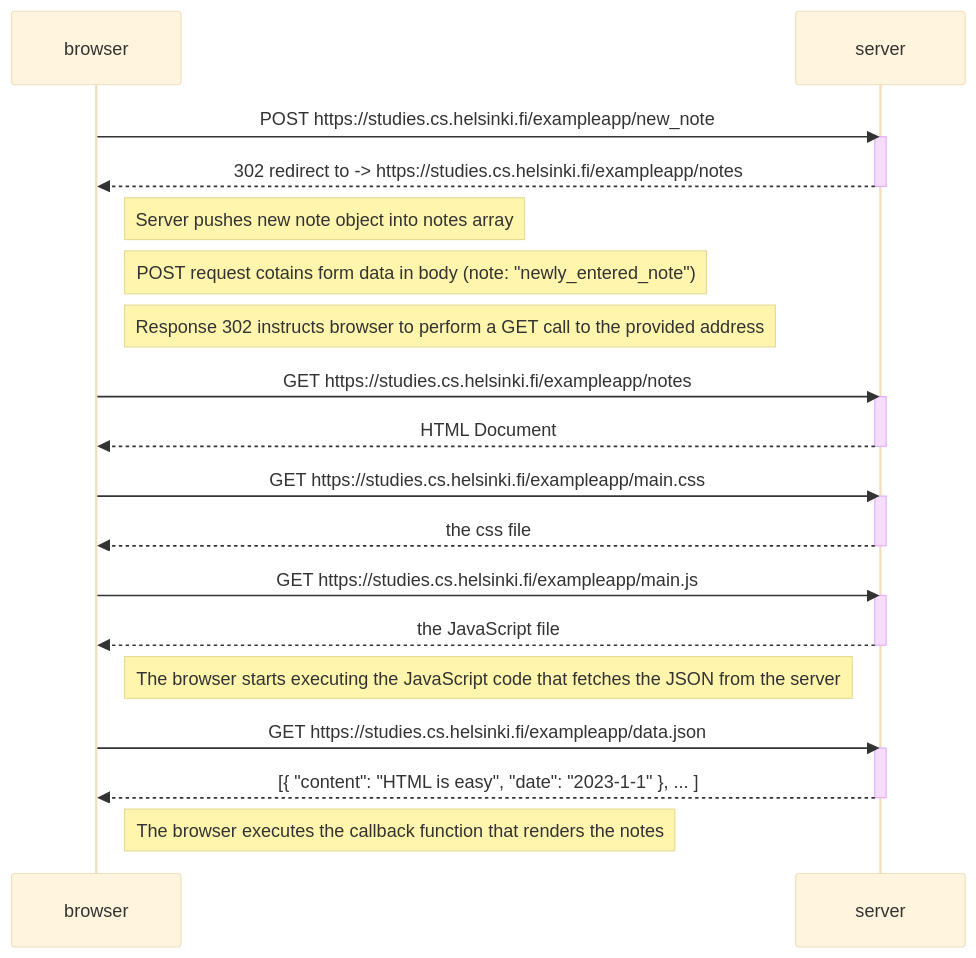
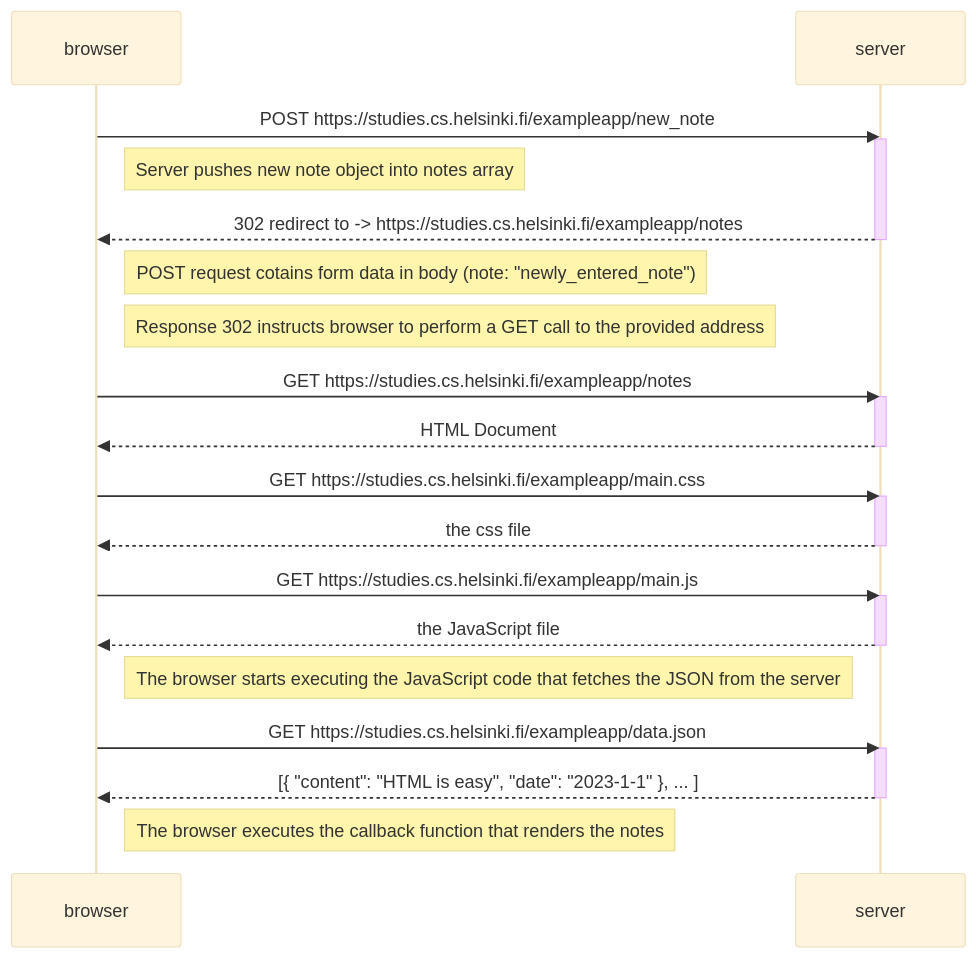
One commit to po8po9/fullstackopen_mazzarella changed the diagram in part0/new_notes_diagram.md. Above: the diagram before and after it, drawn with Mermaid (base theme).

````diff
--- a/part0/new_notes_diagram.md
+++ b/part0/new_notes_diagram.md
@@ -1,38 +1,41 @@
 ```mermaid
 sequenceDiagram
     participant browser
     participant server
 
     browser->>server: POST https://studies.cs.helsinki.fi/exampleapp/new_note
     activate server
+
+    Note right of browser: Server pushes new note object into notes array
+
     server-->>browser: 302 redirect to -> https://studies.cs.helsinki.fi/exampleapp/notes
     deactivate server
 
-    Note right of browser: Server pushes new note object into notes array
+    
     Note right of browser: POST request  cotains form data in body (note: "newly_entered_note")
     Note right of browser: Response 302 instructs browser to perform a GET call to the provided address
 
     browser->>server: GET https://studies.cs.helsinki.fi/exampleapp/notes
     activate server
     server-->>browser: HTML Document
     deactivate server
 
     browser->>server: GET https://studies.cs.helsinki.fi/exampleapp/main.css
     activate server
     server-->>browser: the css file
     deactivate server
 
     browser->>server: GET https://studies.cs.helsinki.fi/exampleapp/main.js
     activate server
     server-->>browser: the JavaScript file
     deactivate server
 
     Note right of browser: The browser starts executing the JavaScript code that fetches the JSON from the server
 
     browser->>server: GET https://studies.cs.helsinki.fi/exampleapp/data.json
     activate server
     server-->>browser: [{ "content": "HTML is easy", "date": "2023-1-1" }, ... ]
     deactivate server
 
     Note right of browser: The browser executes the callback function that renders the notes
 ```
````
